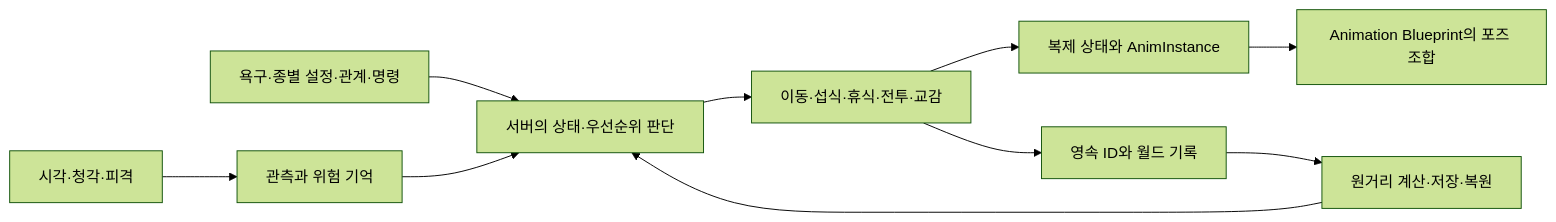
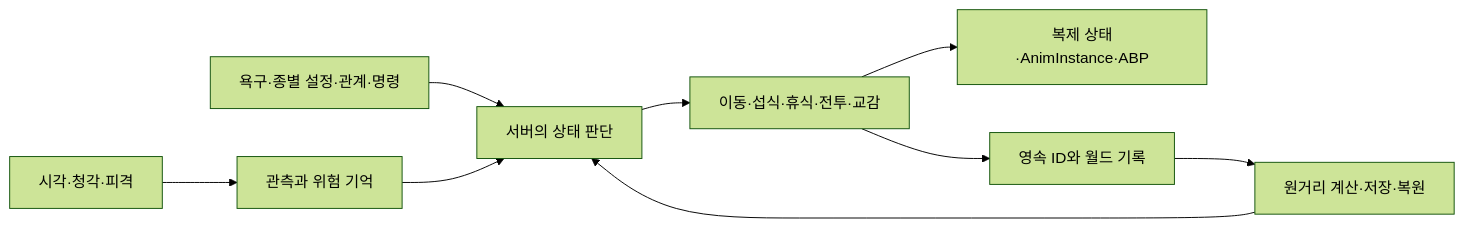
The diagram in docs/architecture.md (rhwjdtjs/NONGJANG_Public), drawn with Mermaid (forest theme) before and after one commit. The commit also changed other lines of this file and 6 other files, not shown here.

````diff
--- a/docs/architecture.md
+++ b/docs/architecture.md
@@ -11,12 +11,11 @@
 ```mermaid
 flowchart LR
   A["시각·청각·피격"] --> B["관측과 위험 기억"]
-  C["욕구·종별 설정·관계·명령"] --> D["서버의 상태·우선순위 판단"]
+  C["욕구·종별 설정·관계·명령"] --> D["서버의 상태 판단"]
   B --> D
   D --> E["이동·섭식·휴식·전투·교감"]
-  E --> F["복제 상태와 AnimInstance"]
-  F --> G["Animation Blueprint의 포즈 조합"]
-  E --> H["영속 ID와 월드 기록"]
-  H --> I["원거리 계산·저장·복원"]
-  I --> D
+  E --> F["복제 상태·AnimInstance·ABP"]
+  E --> G["영속 ID와 월드 기록"]
+  G --> H["원거리 계산·저장·복원"]
+  H --> D
 ```
````
